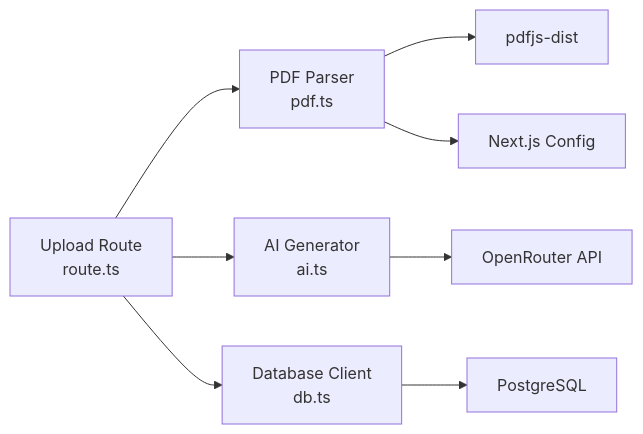
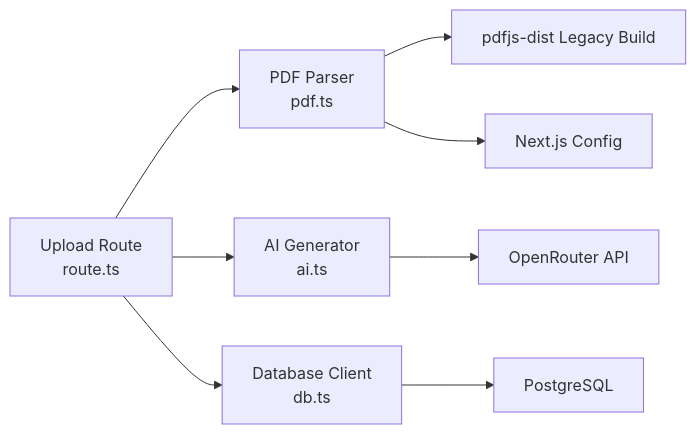
The fourth of 4 diagrams in .qoder/repowiki/en/content/Core Features/PDF Upload and Processing.md (nitish-niraj/cumathassignment), drawn with Mermaid before and after one commit. The commit also changed other lines of this file and 3 other files, not shown here.

````diff
--- a/.qoder/repowiki/en/content/Core Features/PDF Upload and Processing.md
+++ b/.qoder/repowiki/en/content/Core Features/PDF Upload and Processing.md
@@ -334,11 +331,11 @@
 ```mermaid
 graph LR
 API["Upload Route<br/>route.ts"] --> PDF["PDF Parser<br/>pdf.ts"]
 API --> AI["AI Generator<br/>ai.ts"]
 API --> DB["Database Client<br/>db.ts"]
 AI --> OR["OpenRouter API"]
 DB --> PG["PostgreSQL"]
-PDF --> PP["pdfjs-dist"]
+PDF --> PP["pdfjs-dist Legacy Build"]
 NEXT["Next.js Config"]
 PDF --> NEXT
 ```
````
